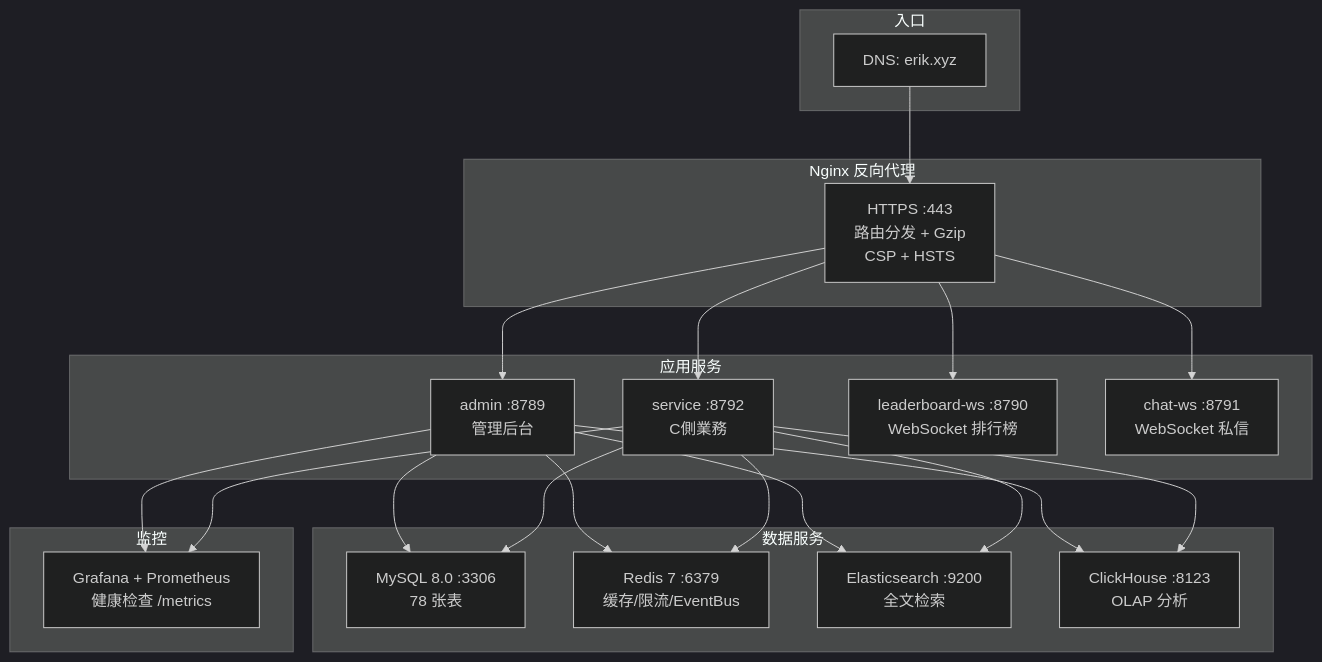
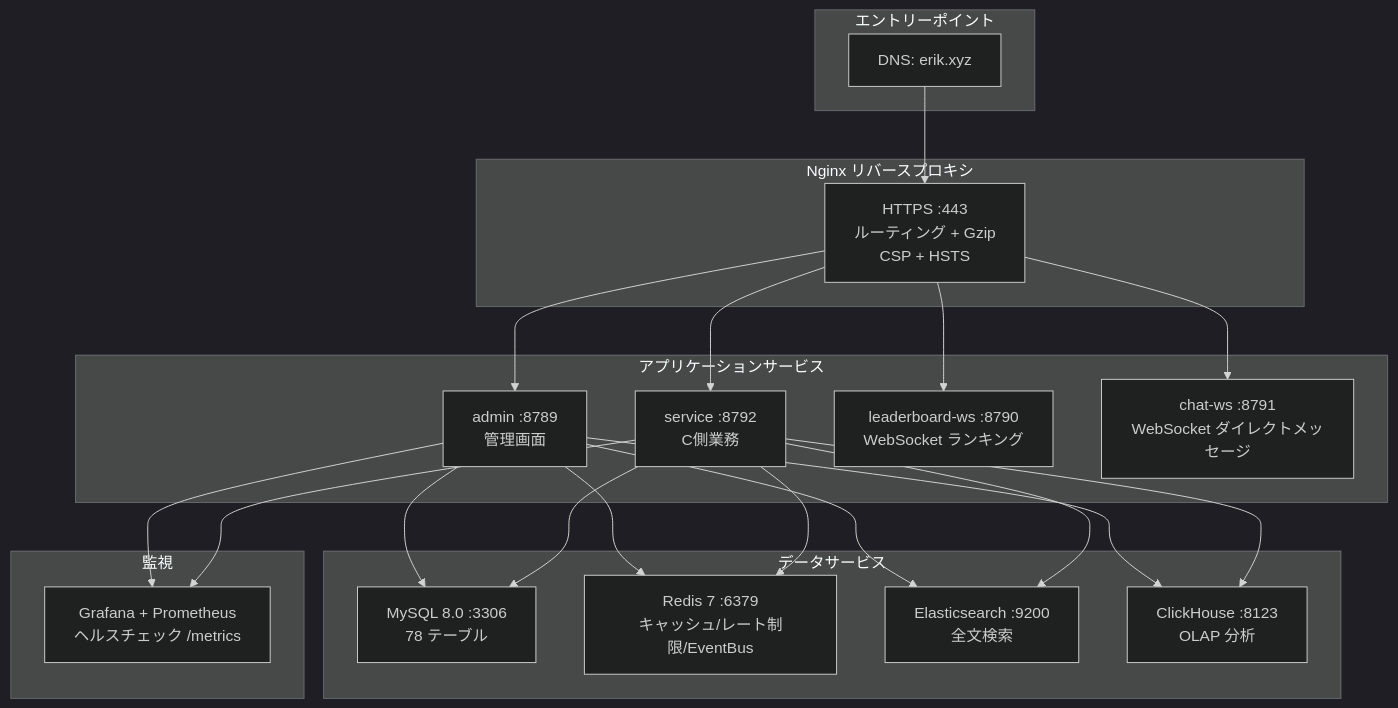
Before and after one commit to erikwang2013/game-platform-php: the diagram in admin/docs/diagrams/12-deployment.ja.md, drawn with Mermaid (dark theme). The commit also changed 211 other files, not shown here.

First line of the commit message:
fix: 支付配置读回类型根治、提现事件对账巡检，12 语族 mermaid 与 API 标签本地化

````diff
--- a/admin/docs/diagrams/12-deployment.ja.md
+++ b/admin/docs/diagrams/12-deployment.ja.md
@@ -7,33 +7,33 @@
 ```mermaid
 flowchart TB
-    subgraph "入口"
+    subgraph "エントリーポイント"
         DNS["DNS: erik.xyz"]
     end
 
-    subgraph "Nginx 反向代理"
-        NGX["HTTPS :443<br/>路由分发 + Gzip<br/>CSP + HSTS"]
+    subgraph "Nginx リバースプロキシ"
+        NGX["HTTPS :443<br/>ルーティング + Gzip<br/>CSP + HSTS"]
     end
 
-    subgraph "应用服务"
-        ADM["admin :8789<br/>管理后台"]
+    subgraph "アプリケーションサービス"
+        ADM["admin :8789<br/>管理画面"]
         SVC["service :8792<br/>C側業務"]
-        LB["leaderboard-ws :8790<br/>WebSocket 排行榜"]
-        CHAT["chat-ws :8791<br/>WebSocket 私信"]
+        LB["leaderboard-ws :8790<br/>WebSocket ランキング"]
+        CHAT["chat-ws :8791<br/>WebSocket ダイレクトメッセージ"]
     end
 
-    subgraph "数据服务"
-        MYSQL["MySQL 8.0 :3306<br/>78 张表"]
-        REDIS["Redis 7 :6379<br/>缓存/限流/EventBus"]
-        ES["Elasticsearch :9200<br/>全文检索"]
+    subgraph "データサービス"
+        MYSQL["MySQL 8.0 :3306<br/>78 テーブル"]
+        REDIS["Redis 7 :6379<br/>キャッシュ/レート制限/EventBus"]
+        ES["Elasticsearch :9200<br/>全文検索"]
         CH["ClickHouse :8123<br/>OLAP 分析"]
     end
 
-    subgraph "监控"
-        MON["Grafana + Prometheus<br/>健康检查 /metrics"]
+    subgraph "監視"
+        MON["Grafana + Prometheus<br/>ヘルスチェック /metrics"]
     end
 
     DNS --> NGX
     NGX --> ADM & SVC & LB & CHAT
     ADM & SVC --> MYSQL & REDIS & ES & CH
     ADM & SVC --> MON
 ```
````
